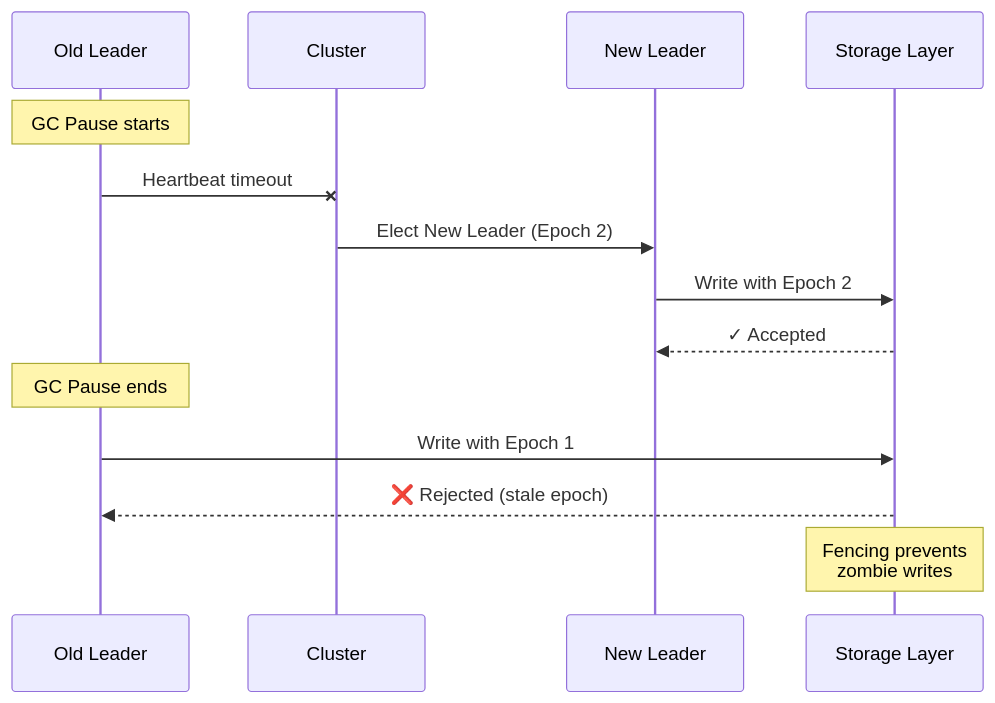
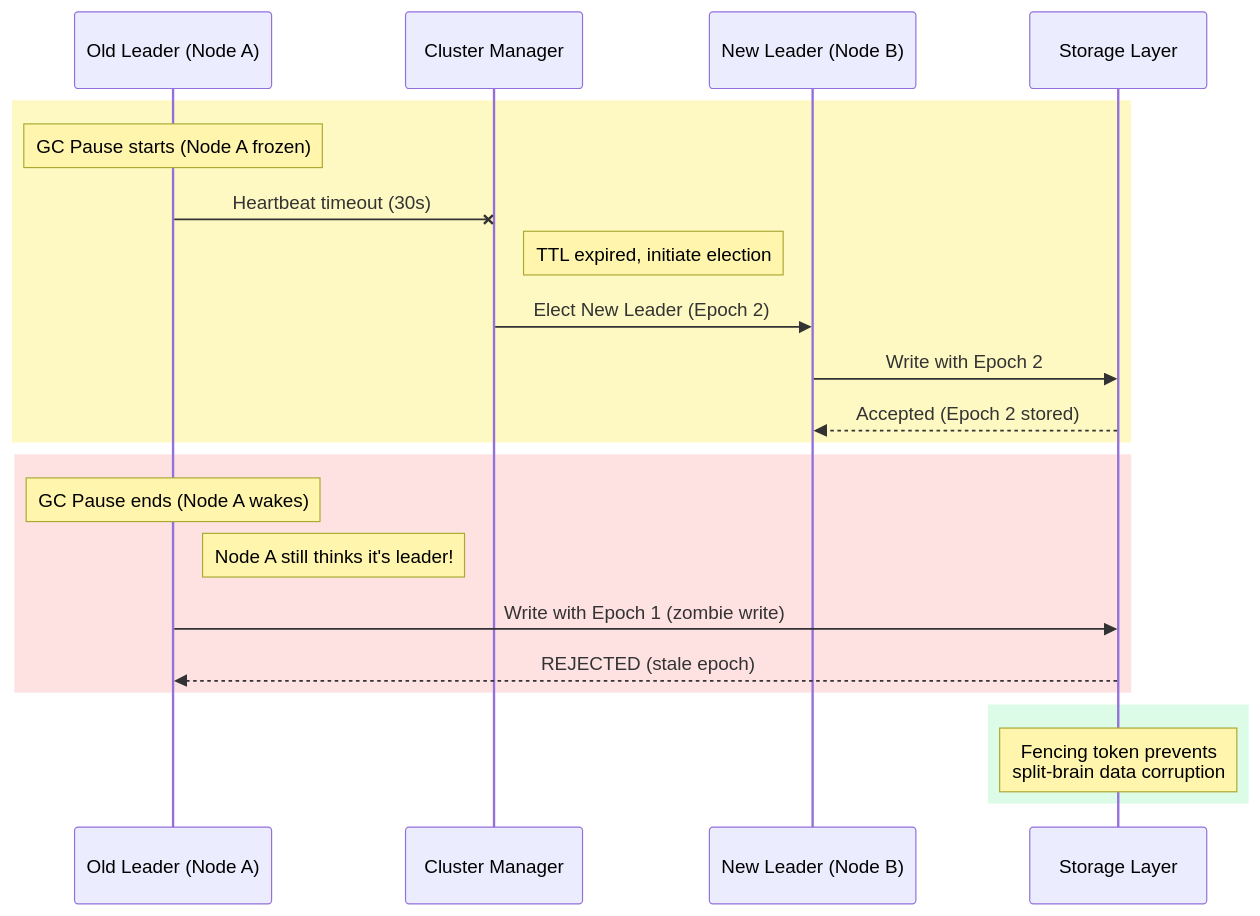
Before and after one commit to udaytamma/Cyrus: the first of 4 diagrams in gemini-responses/leader-election-20260120-1255.md, drawn with Mermaid. The commit also changed other lines of this file and 28 other files, not shown here.

First line of the commit message:
Upgrade Knowledge Base Mermaid diagrams to professional styling

````diff
--- a/gemini-responses/leader-election-20260120-1255.md
+++ b/gemini-responses/leader-election-20260120-1255.md
@@ -60,19 +60,27 @@
 ```mermaid
 sequenceDiagram
-    participant OL as Old Leader
-    participant Cluster as Cluster
-    participant NL as New Leader
+    participant OL as Old Leader (Node A)
+    participant Cluster as Cluster Manager
+    participant NL as New Leader (Node B)
     participant Storage as Storage Layer
 
-    Note over OL: GC Pause starts
-    OL-xCluster: Heartbeat timeout
-    Cluster->>NL: Elect New Leader (Epoch 2)
-    NL->>Storage: Write with Epoch 2
-    Storage-->>NL: ✓ Accepted
+    rect rgb(254, 249, 195)
+        Note over OL: GC Pause starts (Node A frozen)
+        OL-xCluster: Heartbeat timeout (30s)
+        Note right of Cluster: TTL expired, initiate election
+        Cluster->>NL: Elect New Leader (Epoch 2)
+        NL->>Storage: Write with Epoch 2
+        Storage-->>NL: Accepted (Epoch 2 stored)
+    end
 
-    Note over OL: GC Pause ends
-    OL->>Storage: Write with Epoch 1
-    Storage-->>OL: ❌ Rejected (stale epoch)
+    rect rgb(254, 226, 226)
+        Note over OL: GC Pause ends (Node A wakes)
+        Note right of OL: Node A still thinks it's leader!
+        OL->>Storage: Write with Epoch 1 (zombie write)
+        Storage-->>OL: REJECTED (stale epoch)
+    end
 
-    Note over Storage: Fencing prevents<br/>zombie writes
+    rect rgb(220, 252, 231)
+        Note over Storage: Fencing token prevents<br/>split-brain data corruption
+    end
 ```
````
